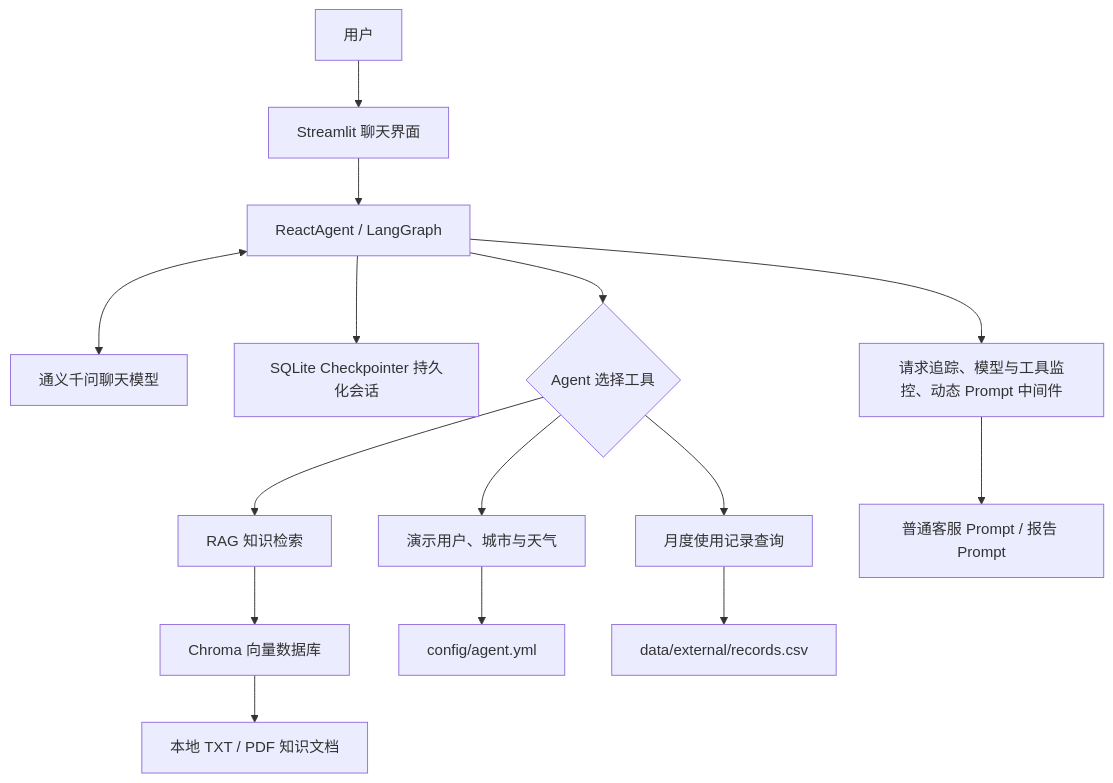
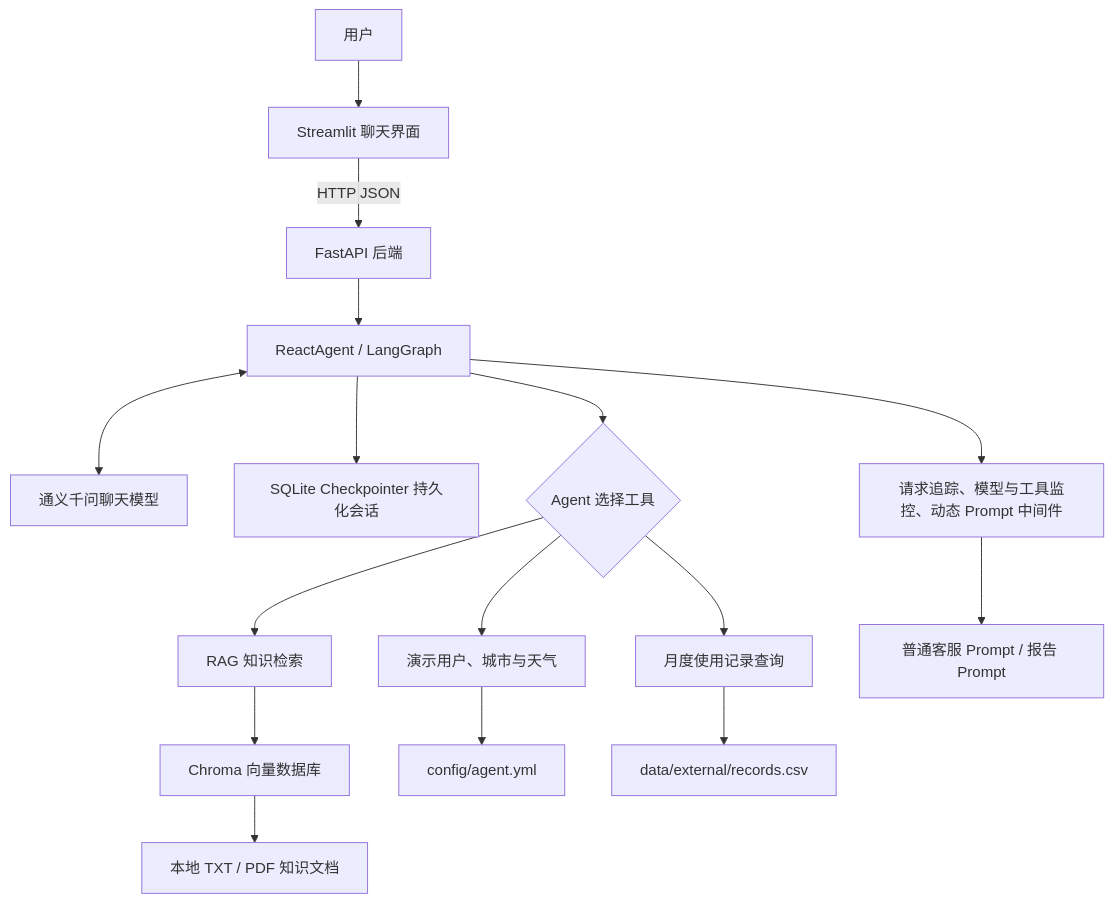
The diagram in README.md (Wan1ngLunar/smart-cleaning-agent-rag), drawn with Mermaid before and after one commit. The commit also changed other lines of this file and 27 other files, not shown here.

````diff
--- a/README.md
+++ b/README.md
@@ -39,21 +41,22 @@
 ```mermaid
 flowchart TD
     U["用户"] --> UI["Streamlit 聊天界面"]
-    UI --> A["ReactAgent / LangGraph"]
+    UI -->|"HTTP JSON"| API["FastAPI 后端"]
+    API --> A["ReactAgent / LangGraph"]
     A <--> M["通义千问聊天模型"]
     A --> C["SQLite Checkpointer 持久化会话"]
     A --> MW["请求追踪、模型与工具监控、动态 Prompt 中间件"]
     A --> T{"Agent 选择工具"}
 
     T --> R["RAG 知识检索"]
     R --> V["Chroma 向量数据库"]
     V --> K["本地 TXT / PDF 知识文档"]
 
     T --> D["演示用户、城市与天气"]
     D --> Y["config/agent.yml"]
 
     T --> E["月度使用记录查询"]
     E --> CSV["data/external/records.csv"]
 
     MW --> P["普通客服 Prompt / 报告 Prompt"]
 ```
````
